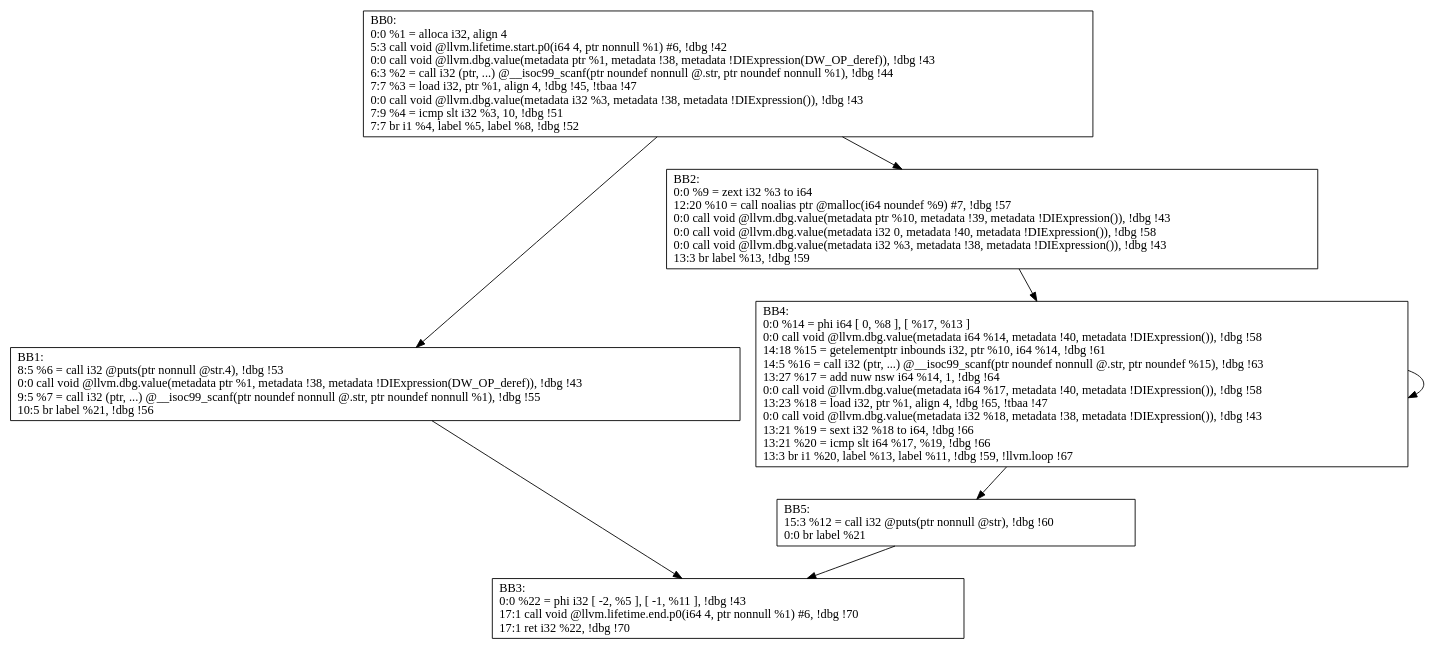
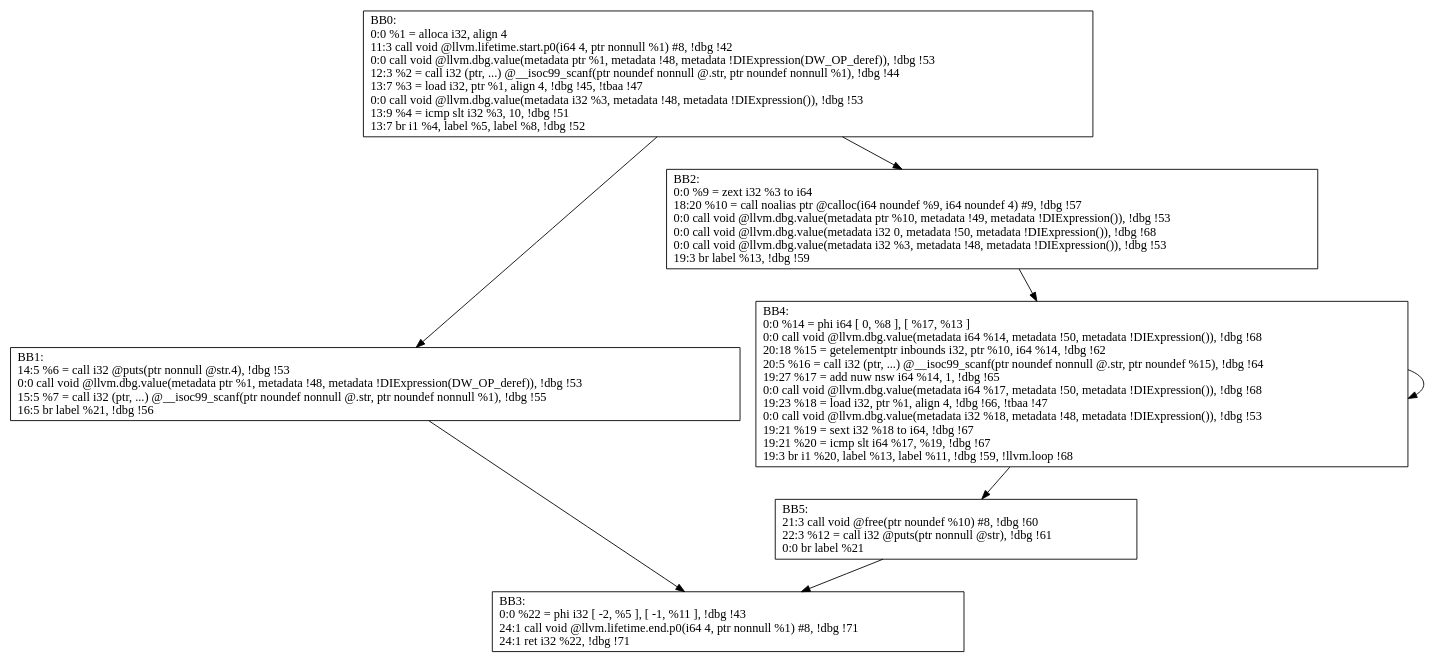
Before and after one commit to M-ouse/FinalDesign: the diagram in output/demo.ll_usep_CFG.dot, drawn with Graphviz. The commit also changed 12 other files, not shown here.

```diff
--- a/output/demo.ll_usep_CFG.dot
+++ b/output/demo.ll_usep_CFG.dot
@@ -1,15 +1,15 @@
 digraph "CFG for'usep' function" {
 	BB0-> BB1;
 	BB0-> BB2;
 	BB1-> BB3;
 	BB2-> BB4;
 	BB4-> BB4;
 	BB4-> BB5;
 	BB5-> BB3;
-	BB0 [shape=record, label="{BB0:\l0:0   %1 = alloca i32, align 4\l 5:3   call void @llvm.lifetime.start.p0(i64 4, ptr nonnull %1) #6, !dbg !42\l 0:0   call void @llvm.dbg.value(metadata ptr %1, metadata !38, metadata !DIExpression(DW_OP_deref)), !dbg !43\l 6:3   %2 = call i32 (ptr, ...) @__isoc99_scanf(ptr noundef nonnull @.str, ptr noundef nonnull %1), !dbg !44\l 7:7   %3 = load i32, ptr %1, align 4, !dbg !45, !tbaa !47\l 0:0   call void @llvm.dbg.value(metadata i32 %3, metadata !38, metadata !DIExpression()), !dbg !43\l 7:9   %4 = icmp slt i32 %3, 10, !dbg !51\l 7:7   br i1 %4, label %5, label %8, !dbg !52\l }"];
-	BB1 [shape=record, label="{BB1:\l8:5   %6 = call i32 @puts(ptr nonnull @str.4), !dbg !53\l 0:0   call void @llvm.dbg.value(metadata ptr %1, metadata !38, metadata !DIExpression(DW_OP_deref)), !dbg !43\l 9:5   %7 = call i32 (ptr, ...) @__isoc99_scanf(ptr noundef nonnull @.str, ptr noundef nonnull %1), !dbg !55\l 10:5   br label %21, !dbg !56\l }"];
-	BB2 [shape=record, label="{BB2:\l0:0   %9 = zext i32 %3 to i64\l 12:20   %10 = call noalias ptr @malloc(i64 noundef %9) #7, !dbg !57\l 0:0   call void @llvm.dbg.value(metadata ptr %10, metadata !39, metadata !DIExpression()), !dbg !43\l 0:0   call void @llvm.dbg.value(metadata i32 0, metadata !40, metadata !DIExpression()), !dbg !58\l 0:0   call void @llvm.dbg.value(metadata i32 %3, metadata !38, metadata !DIExpression()), !dbg !43\l 13:3   br label %13, !dbg !59\l }"];
-	BB3 [shape=record, label="{BB3:\l0:0   %22 = phi i32 [ -2, %5 ], [ -1, %11 ], !dbg !43\l 17:1   call void @llvm.lifetime.end.p0(i64 4, ptr nonnull %1) #6, !dbg !70\l 17:1   ret i32 %22, !dbg !70\l }"];
-	BB4 [shape=record, label="{BB4:\l0:0   %14 = phi i64 [ 0, %8 ], [ %17, %13 ]\l 0:0   call void @llvm.dbg.value(metadata i64 %14, metadata !40, metadata !DIExpression()), !dbg !58\l 14:18   %15 = getelementptr inbounds i32, ptr %10, i64 %14, !dbg !61\l 14:5   %16 = call i32 (ptr, ...) @__isoc99_scanf(ptr noundef nonnull @.str, ptr noundef %15), !dbg !63\l 13:27   %17 = add nuw nsw i64 %14, 1, !dbg !64\l 0:0   call void @llvm.dbg.value(metadata i64 %17, metadata !40, metadata !DIExpression()), !dbg !58\l 13:23   %18 = load i32, ptr %1, align 4, !dbg !65, !tbaa !47\l 0:0   call void @llvm.dbg.value(metadata i32 %18, metadata !38, metadata !DIExpression()), !dbg !43\l 13:21   %19 = sext i32 %18 to i64, !dbg !66\l 13:21   %20 = icmp slt i64 %17, %19, !dbg !66\l 13:3   br i1 %20, label %13, label %11, !dbg !59, !llvm.loop !67\l }"];
-	BB5 [shape=record, label="{BB5:\l15:3   %12 = call i32 @puts(ptr nonnull @str), !dbg !60\l 0:0   br label %21\l }"];
+	BB0 [shape=record, label="{BB0:\l0:0   %1 = alloca i32, align 4\l 11:3   call void @llvm.lifetime.start.p0(i64 4, ptr nonnull %1) #8, !dbg !42\l 0:0   call void @llvm.dbg.value(metadata ptr %1, metadata !48, metadata !DIExpression(DW_OP_deref)), !dbg !53\l 12:3   %2 = call i32 (ptr, ...) @__isoc99_scanf(ptr noundef nonnull @.str, ptr noundef nonnull %1), !dbg !44\l 13:7   %3 = load i32, ptr %1, align 4, !dbg !45, !tbaa !47\l 0:0   call void @llvm.dbg.value(metadata i32 %3, metadata !48, metadata !DIExpression()), !dbg !53\l 13:9   %4 = icmp slt i32 %3, 10, !dbg !51\l 13:7   br i1 %4, label %5, label %8, !dbg !52\l }"];
+	BB1 [shape=record, label="{BB1:\l14:5   %6 = call i32 @puts(ptr nonnull @str.4), !dbg !53\l 0:0   call void @llvm.dbg.value(metadata ptr %1, metadata !48, metadata !DIExpression(DW_OP_deref)), !dbg !53\l 15:5   %7 = call i32 (ptr, ...) @__isoc99_scanf(ptr noundef nonnull @.str, ptr noundef nonnull %1), !dbg !55\l 16:5   br label %21, !dbg !56\l }"];
+	BB2 [shape=record, label="{BB2:\l0:0   %9 = zext i32 %3 to i64\l 18:20   %10 = call noalias ptr @calloc(i64 noundef %9, i64 noundef 4) #9, !dbg !57\l 0:0   call void @llvm.dbg.value(metadata ptr %10, metadata !49, metadata !DIExpression()), !dbg !53\l 0:0   call void @llvm.dbg.value(metadata i32 0, metadata !50, metadata !DIExpression()), !dbg !68\l 0:0   call void @llvm.dbg.value(metadata i32 %3, metadata !48, metadata !DIExpression()), !dbg !53\l 19:3   br label %13, !dbg !59\l }"];
+	BB3 [shape=record, label="{BB3:\l0:0   %22 = phi i32 [ -2, %5 ], [ -1, %11 ], !dbg !43\l 24:1   call void @llvm.lifetime.end.p0(i64 4, ptr nonnull %1) #8, !dbg !71\l 24:1   ret i32 %22, !dbg !71\l }"];
+	BB4 [shape=record, label="{BB4:\l0:0   %14 = phi i64 [ 0, %8 ], [ %17, %13 ]\l 0:0   call void @llvm.dbg.value(metadata i64 %14, metadata !50, metadata !DIExpression()), !dbg !68\l 20:18   %15 = getelementptr inbounds i32, ptr %10, i64 %14, !dbg !62\l 20:5   %16 = call i32 (ptr, ...) @__isoc99_scanf(ptr noundef nonnull @.str, ptr noundef %15), !dbg !64\l 19:27   %17 = add nuw nsw i64 %14, 1, !dbg !65\l 0:0   call void @llvm.dbg.value(metadata i64 %17, metadata !50, metadata !DIExpression()), !dbg !68\l 19:23   %18 = load i32, ptr %1, align 4, !dbg !66, !tbaa !47\l 0:0   call void @llvm.dbg.value(metadata i32 %18, metadata !48, metadata !DIExpression()), !dbg !53\l 19:21   %19 = sext i32 %18 to i64, !dbg !67\l 19:21   %20 = icmp slt i64 %17, %19, !dbg !67\l 19:3   br i1 %20, label %13, label %11, !dbg !59, !llvm.loop !68\l }"];
+	BB5 [shape=record, label="{BB5:\l21:3   call void @free(ptr noundef %10) #8, !dbg !60\l 22:3   %12 = call i32 @puts(ptr nonnull @str), !dbg !61\l 0:0   br label %21\l }"];
 }
```
